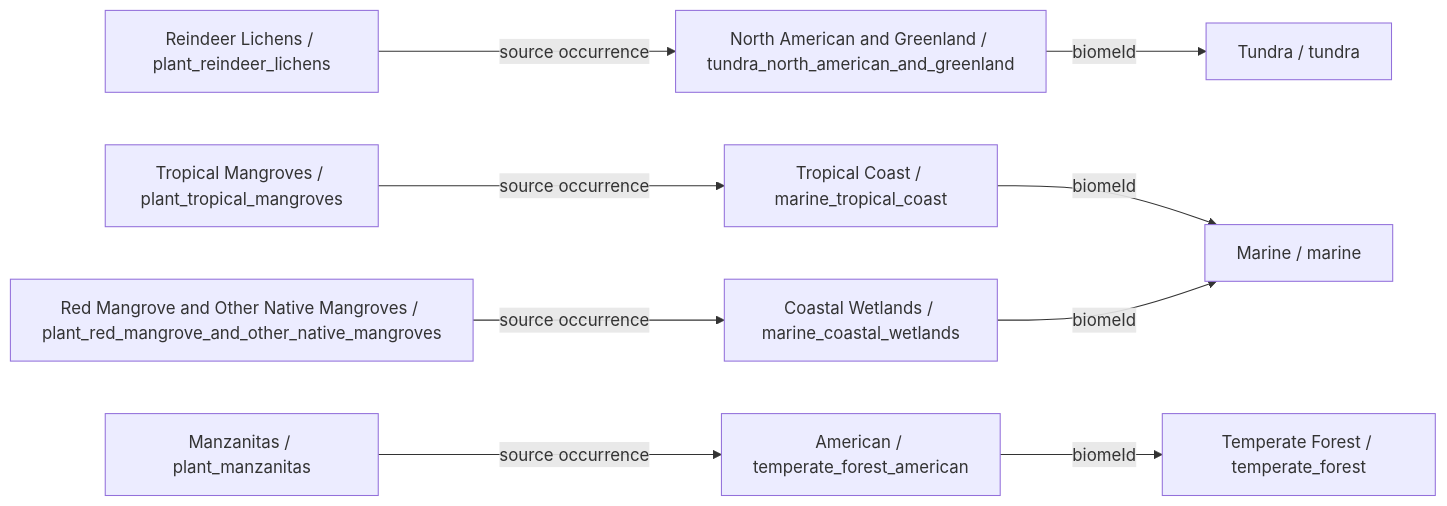
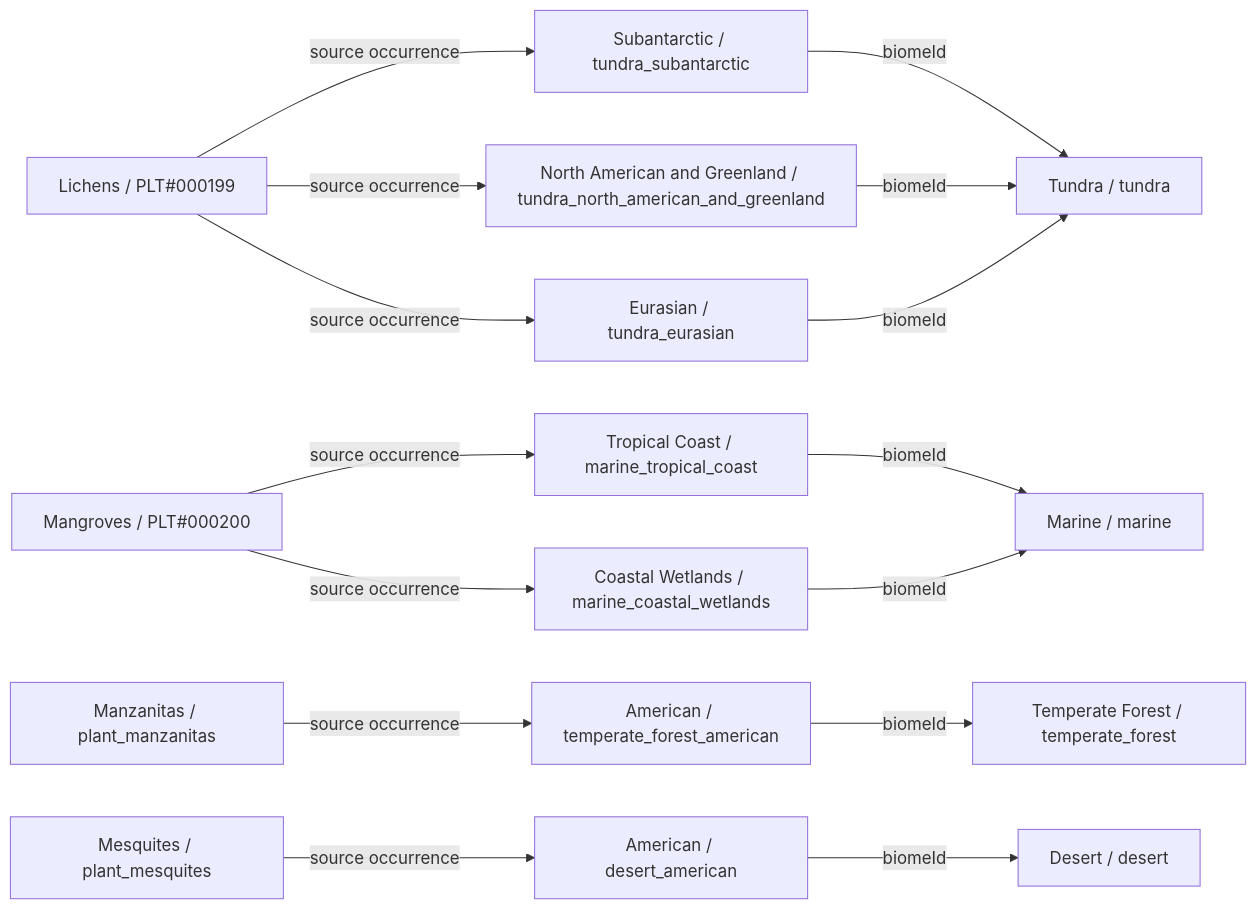
Diagram 14 of 34 in data/plants/DIAGRAMS.md (fgabo404/EvolveDoc), drawn with Mermaid before and after one commit. The commit also changed other lines of this file and 59 other files, not shown here.

````diff
--- a/data/plants/DIAGRAMS.md
+++ b/data/plants/DIAGRAMS.md
@@ -573,22 +509,32 @@
 ```mermaid
 flowchart LR
-    c0["Reindeer Lichens / plant_reindeer_lichens"]
+    c0["Lichens / PLT#000199"]
     v8["North American and Greenland / tundra_north_american_and_greenland"]
     b2["Tundra / tundra"]
-    c1["Tropical Mangroves / plant_tropical_mangroves"]
+    v9["Eurasian / tundra_eurasian"]
+    v10["Subantarctic / tundra_subantarctic"]
+    c1["Mangroves / PLT#000200"]
     v19["Tropical Coast / marine_tropical_coast"]
     b5["Marine / marine"]
-    c2["Red Mangrove and Other Native Mangroves / plant_red_mangrove_and_other_native_mangroves"]
     v22["Coastal Wetlands / marine_coastal_wetlands"]
-    c3["Manzanitas / plant_manzanitas"]
+    c2["Manzanitas / plant_manzanitas"]
     v5["American / temperate_forest_american"]
     b1["Temperate Forest / temperate_forest"]
+    c3["Mesquites / plant_mesquites"]
+    v15["American / desert_american"]
+    b4["Desert / desert"]
+    c0 -->|source occurrence| v10
     c0 -->|source occurrence| v8
+    c0 -->|source occurrence| v9
     c1 -->|source occurrence| v19
-    c2 -->|source occurrence| v22
-    c3 -->|source occurrence| v5
+    c1 -->|source occurrence| v22
+    c2 -->|source occurrence| v5
+    c3 -->|source occurrence| v15
+    v10 -->|biomeId| b2
+    v15 -->|biomeId| b4
     v19 -->|biomeId| b5
     v22 -->|biomeId| b5
     v5 -->|biomeId| b1
     v8 -->|biomeId| b2
+    v9 -->|biomeId| b2
 ```
````
